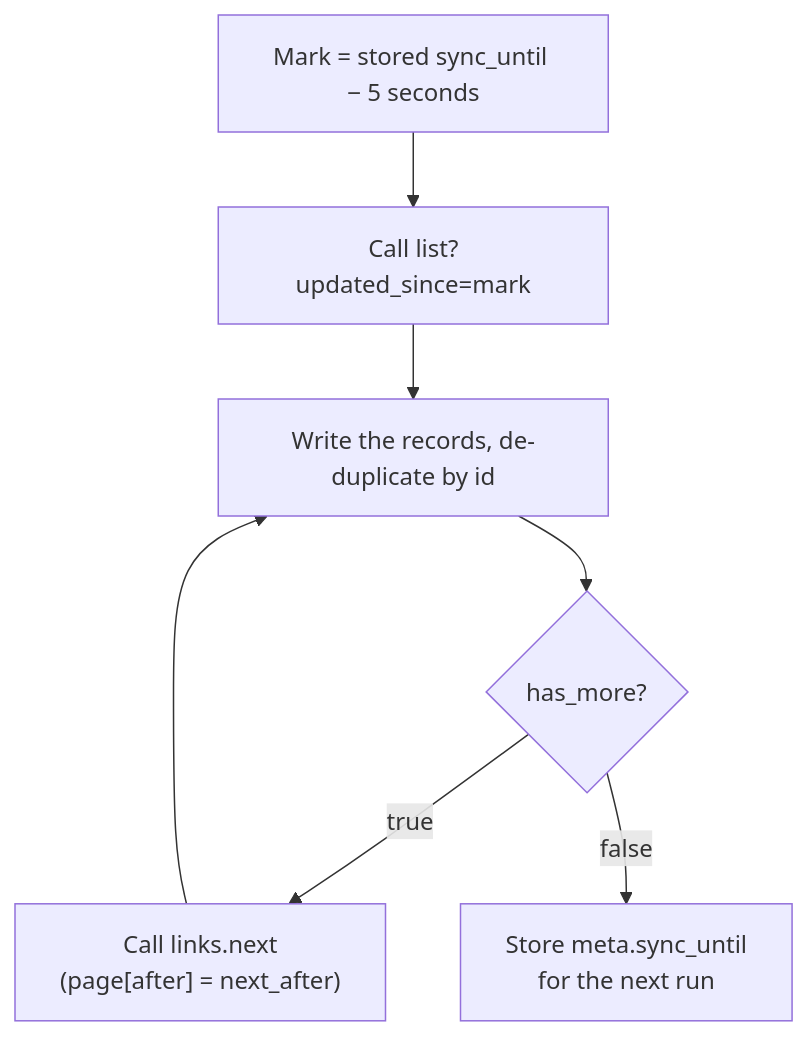
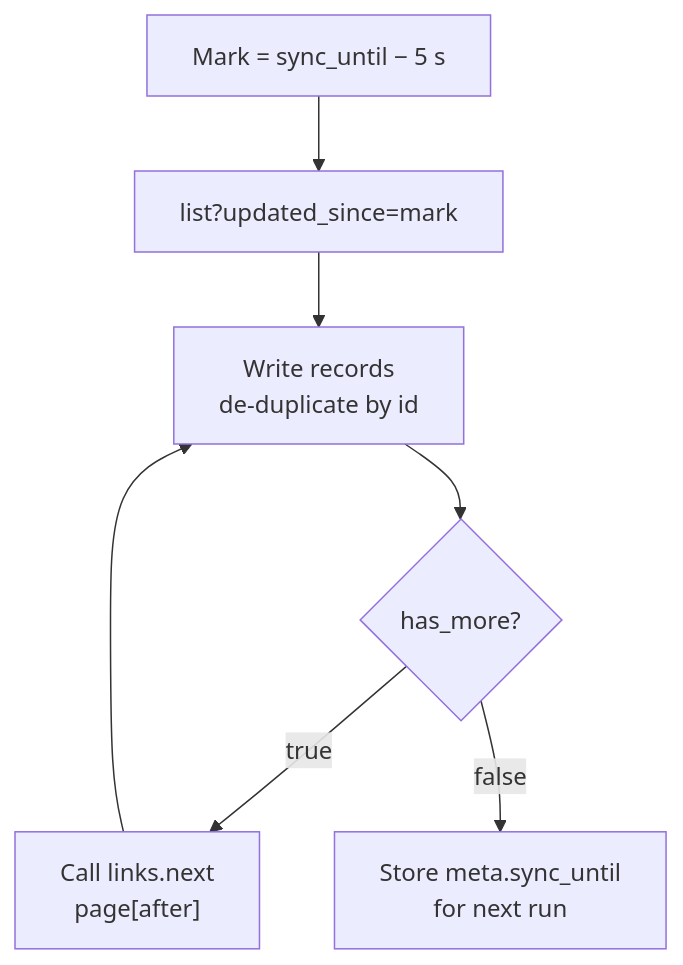
The second of 4 diagrams in api/api-sync.md (gp247net/gp247-docs), drawn with Mermaid before and after one commit. The commit also changed other lines of this file and 44 other files, not shown here.

First line of the commit message:
docs: redraw oversized diagrams in security, API and MCP docs (vi/en/ja)

````diff
--- a/api/api-sync.md
+++ b/api/api-sync.md
@@ -69,9 +69,9 @@
 ```mermaid
 flowchart TD
-    A["Mark = stored sync_until − 5 seconds"] --> B["Call list?updated_since=mark"]
-    B --> C["Write the records, de-duplicate by id"]
+    A["Mark = sync_until − 5 s"] --> B["list?updated_since=mark"]
+    B --> C["Write records<br/>de-duplicate by id"]
     C --> D{"has_more?"}
-    D -- "true" --> E["Call links.next<br/>(page[after] = next_after)"]
+    D -- "true" --> E["Call links.next<br/>page[after]"]
     E --> C
-    D -- "false" --> F["Store meta.sync_until<br/>for the next run"]
+    D -- "false" --> F["Store meta.sync_until<br/>for next run"]
 ```
````
